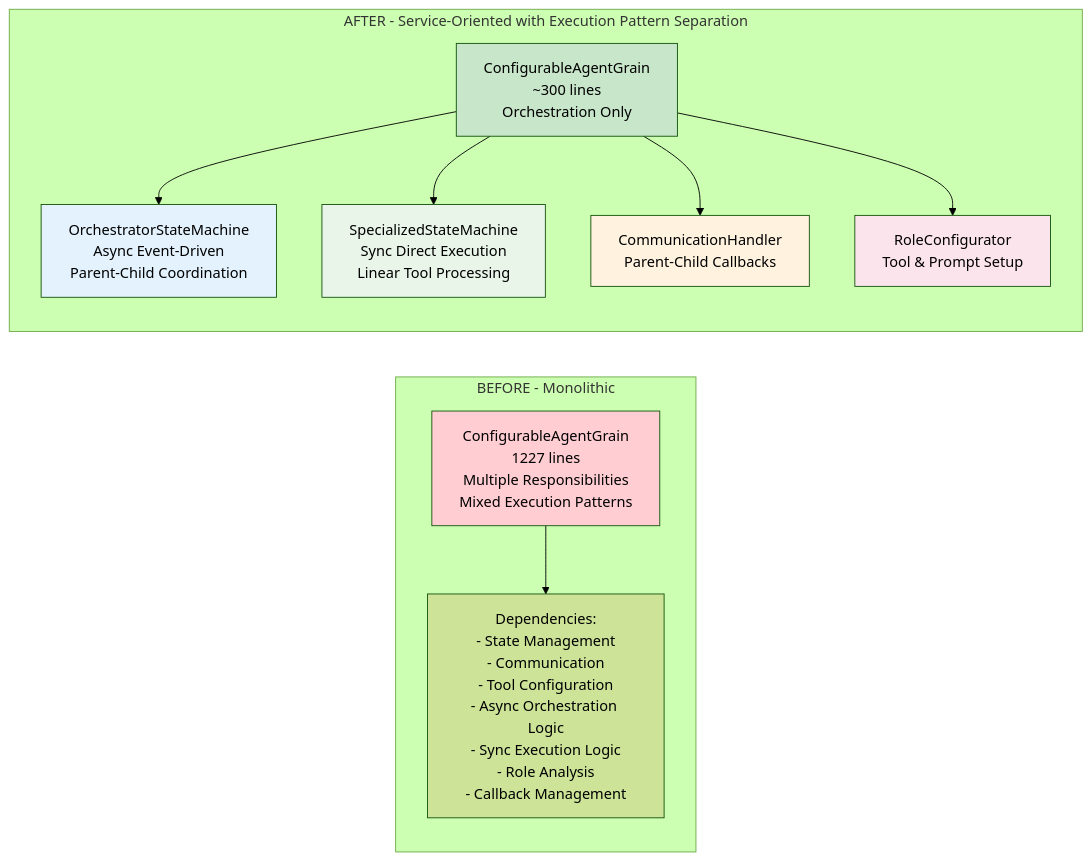
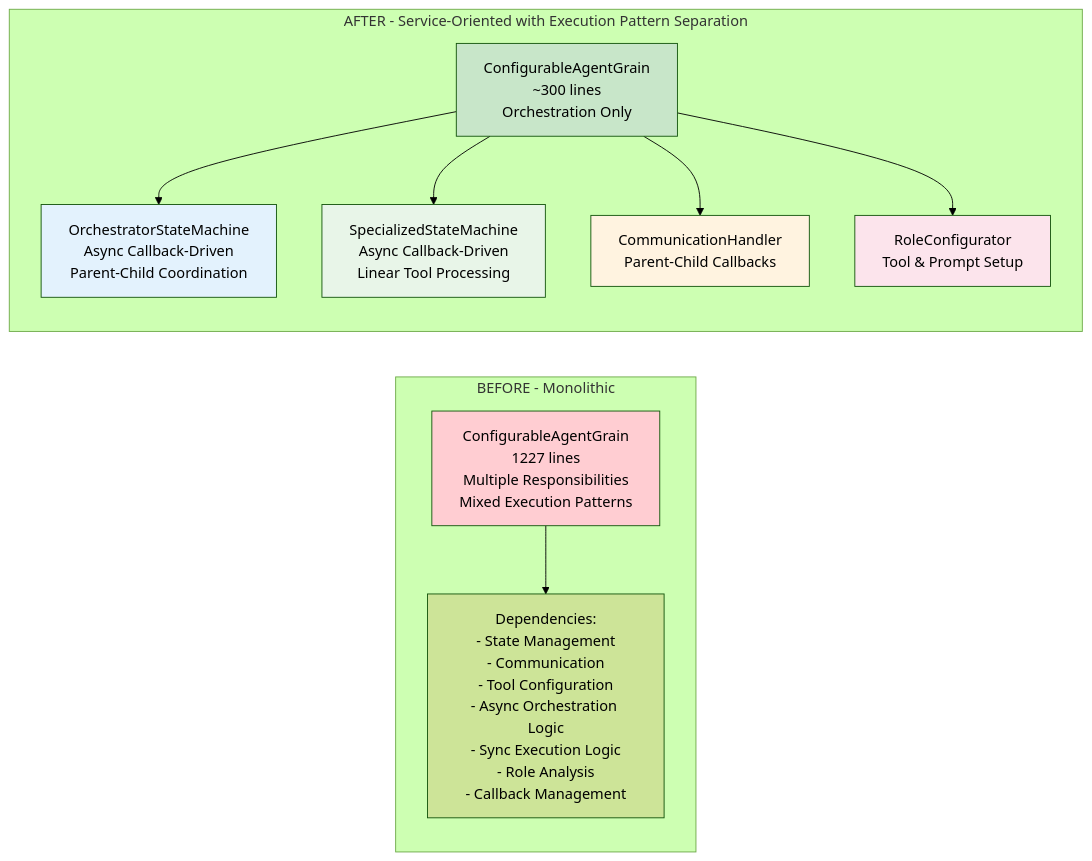
One commit to gldeng/psi-orleans changed the sixth of 6 diagrams in refactoring-architecture.md. Above: the diagram before and after it, drawn with Mermaid (forest theme). The commit also changed other lines of this file, not shown here.

Commit message:
Add call back for specialized agent

````diff
--- a/refactoring-architecture.md
+++ b/refactoring-architecture.md
@@ -510,22 +510,22 @@
 ```mermaid
 graph LR
     subgraph "BEFORE - Monolithic"
         MONO[ConfigurableAgentGrain<br/>1227 lines<br/>Multiple Responsibilities<br/>Mixed Execution Patterns]
         MONO --> DEPS[Dependencies:<br/>- State Management<br/>- Communication<br/>- Tool Configuration<br/>- Async Orchestration Logic<br/>- Sync Execution Logic<br/>- Role Analysis<br/>- Callback Management]
     end
 
     subgraph "AFTER - Service-Oriented with Execution Pattern Separation"
         GRAIN_NEW[ConfigurableAgentGrain<br/>~300 lines<br/>Orchestration Only]
-        GRAIN_NEW --> OSM_SVC[OrchestratorStateMachine<br/>Async Event-Driven<br/>Parent-Child Coordination]
-        GRAIN_NEW --> SSM_SVC[SpecializedStateMachine<br/>Sync Direct Execution<br/>Linear Tool Processing]
+        GRAIN_NEW --> OSM_SVC[OrchestratorStateMachine<br/>Async Callback-Driven<br/>Parent-Child Coordination]
+        GRAIN_NEW --> SSM_SVC[SpecializedStateMachine<br/>Async Callback-Driven<br/>Linear Tool Processing]
         GRAIN_NEW --> CH_SVC[CommunicationHandler<br/>Parent-Child Callbacks]
         GRAIN_NEW --> RC_SVC[RoleConfigurator<br/>Tool & Prompt Setup]
     end
 
     style MONO fill:#ffcdd2
     style GRAIN_NEW fill:#c8e6c9
     style OSM_SVC fill:#e3f2fd
     style SSM_SVC fill:#e8f5e8
     style CH_SVC fill:#fff3e0
     style RC_SVC fill:#fce4ec
 ```
````
